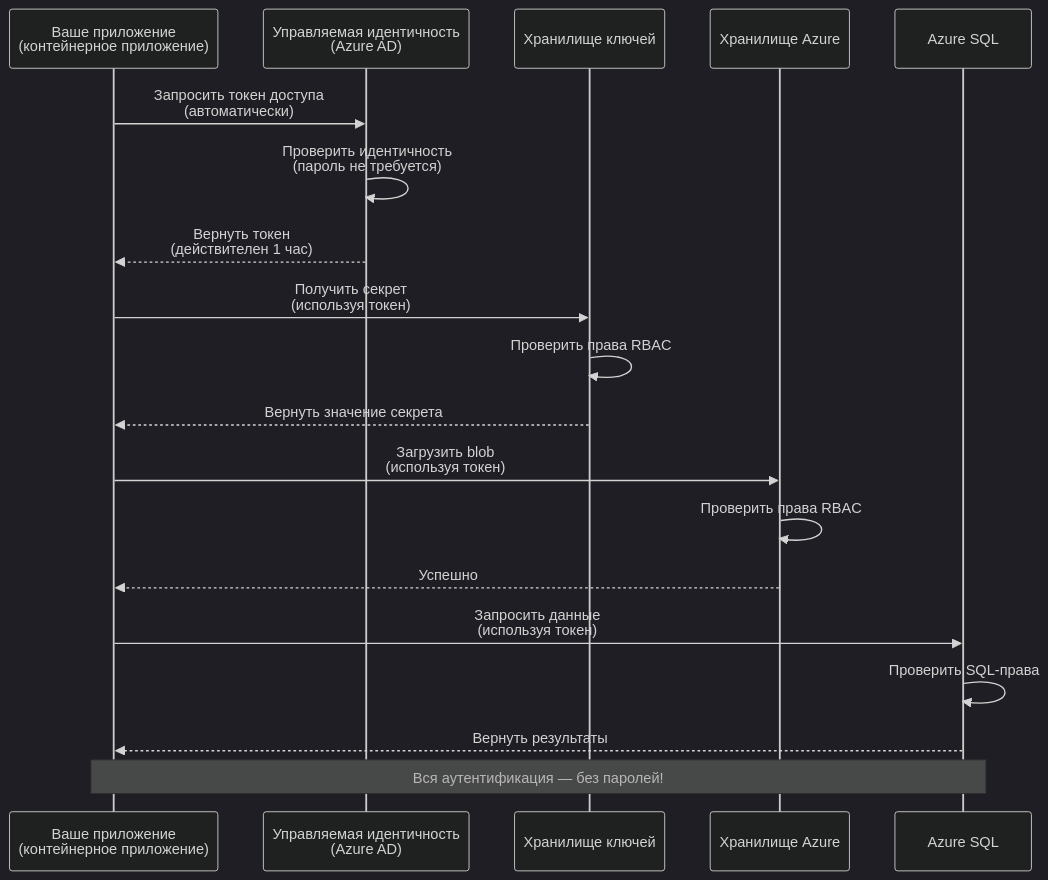
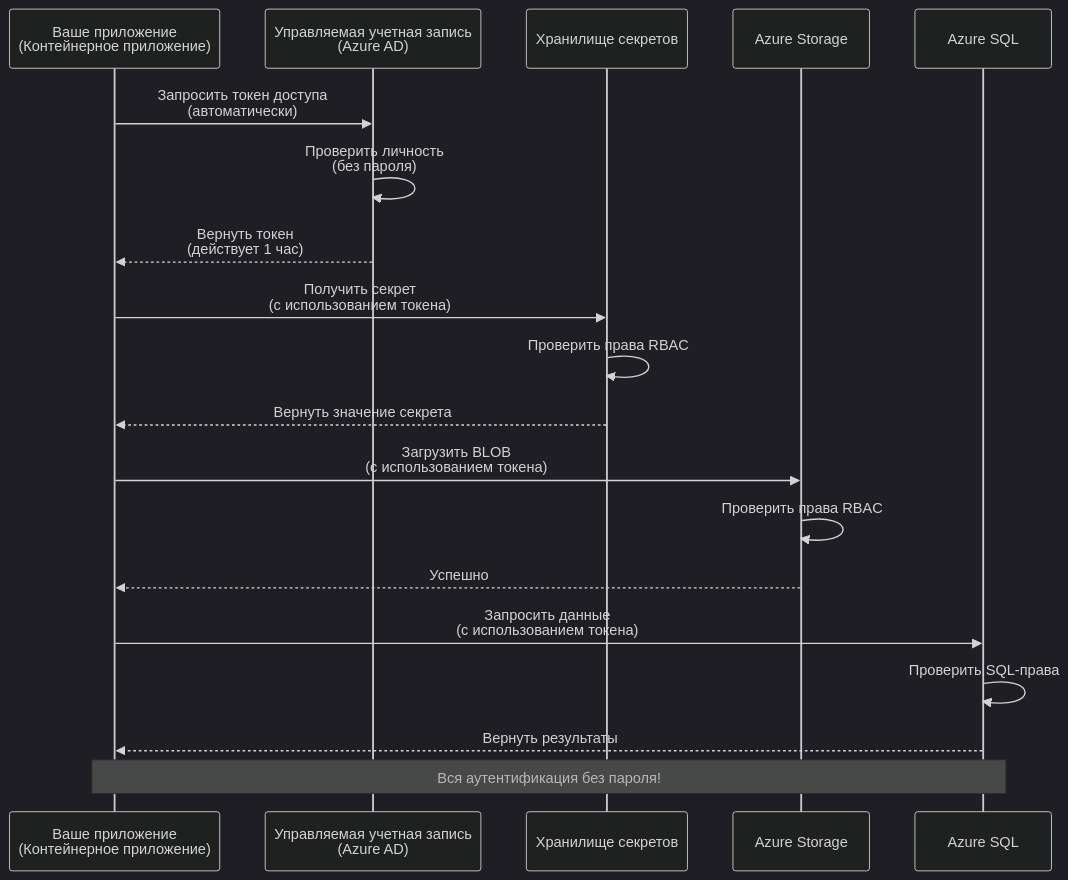
One commit to microsoft/AZD-for-beginners changed the first of 2 diagrams in translations/ru/docs/chapter-03-configuration/authsecurity.md. Above: the diagram before and after it, drawn with Mermaid (dark theme). The commit also changed other lines of this file and 101 other files, not shown here.

````diff
--- a/translations/ru/docs/chapter-03-configuration/authsecurity.md
+++ b/translations/ru/docs/chapter-03-configuration/authsecurity.md
@@ -69,26 +69,26 @@
 ```mermaid
 sequenceDiagram
-    participant App as Ваше приложение<br/>(контейнерное приложение)
-    participant MI as Управляемая идентичность<br/>(Azure AD)
-    participant KV as Хранилище ключей
-    participant Storage as Хранилище Azure
+    participant App as Ваше приложение<br/>(Контейнерное приложение)
+    participant MI as Управляемая учетная запись<br/>(Azure AD)
+    participant KV as Хранилище секретов
+    participant Storage as Azure Storage
     participant DB as Azure SQL
     
     App->>MI: Запросить токен доступа<br/>(автоматически)
-    MI->>MI: Проверить идентичность<br/>(пароль не требуется)
-    MI-->>App: Вернуть токен<br/>(действителен 1 час)
+    MI->>MI: Проверить личность<br/>(без пароля)
+    MI-->>App: Вернуть токен<br/>(действует 1 час)
     
-    App->>KV: Получить секрет<br/>(используя токен)
+    App->>KV: Получить секрет<br/>(с использованием токена)
     KV->>KV: Проверить права RBAC
     KV-->>App: Вернуть значение секрета
     
-    App->>Storage: Загрузить blob<br/>(используя токен)
+    App->>Storage: Загрузить BLOB<br/>(с использованием токена)
     Storage->>Storage: Проверить права RBAC
     Storage-->>App: Успешно
     
-    App->>DB: Запросить данные<br/>(используя токен)
+    App->>DB: Запросить данные<br/>(с использованием токена)
     DB->>DB: Проверить SQL-права
     DB-->>App: Вернуть результаты
     
-    Note over App,DB: Вся аутентификация — без паролей!
+    Note over App,DB: Вся аутентификация без пароля!
 ```
````
